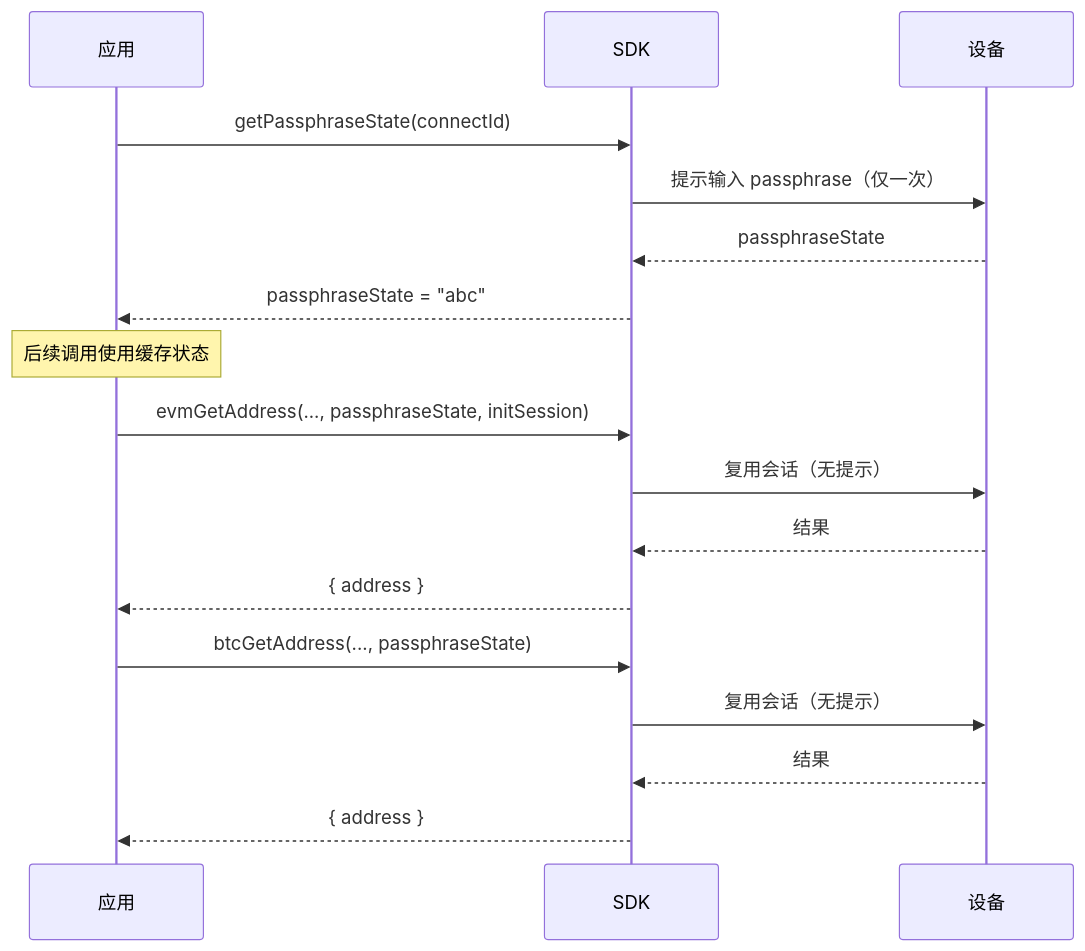
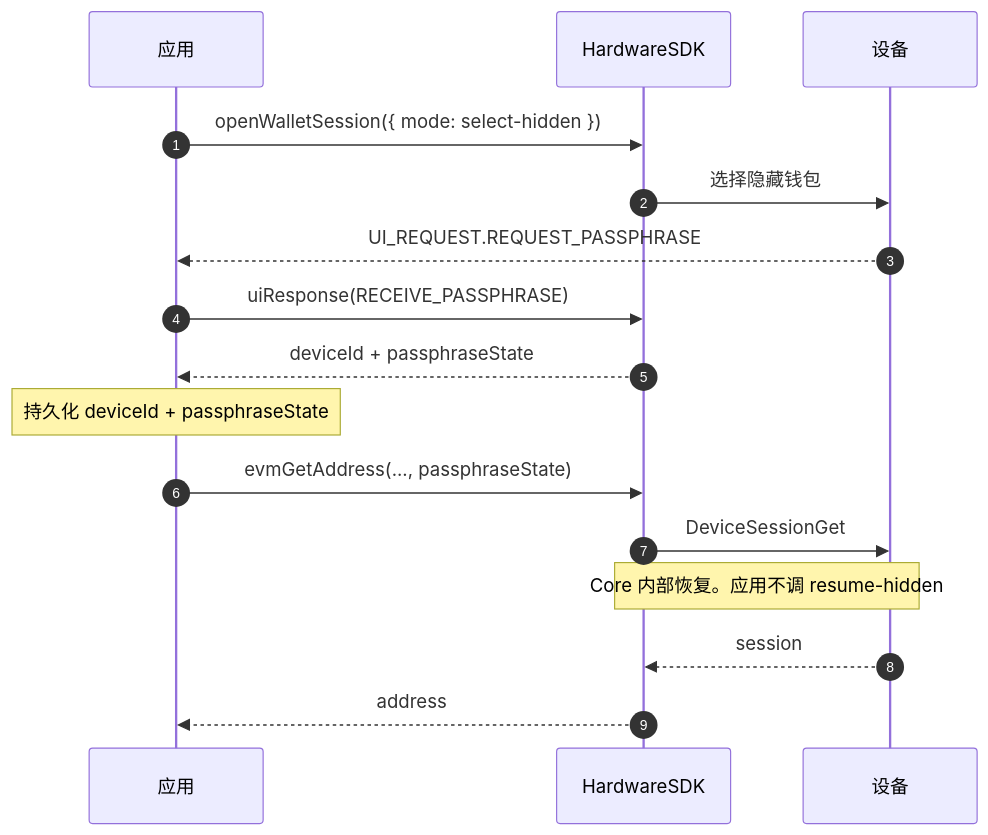
One commit to OneKeyHQ/hardware-js-sdk changed the second of 2 diagrams in packages/connect-examples/developer-portal/content/zh/hardware-sdk/concepts/passphrase.mdx. Above: the diagram before and after it, drawn with Mermaid. The commit also changed other lines of this file and 314 other files, not shown here.

First line of the commit message:
docs: align developer portal with Hardware SDK 1.2.0 (#920)

````diff
--- a/packages/connect-examples/developer-portal/content/zh/hardware-sdk/concepts/passphrase.mdx
+++ b/packages/connect-examples/developer-portal/content/zh/hardware-sdk/concepts/passphrase.mdx
@@ -92,23 +69,19 @@
 ```mermaid
 sequenceDiagram
-    participant App as 应用
-    participant SDK
-    participant Device as 设备
+  autonumber
+  participant App as 应用
+  participant SDK as HardwareSDK
+  participant Device as 设备
 
-    App->>SDK: getPassphraseState(connectId)
-    SDK->>Device: 提示输入 passphrase（仅一次）
-    Device-->>SDK: passphraseState
-    SDK-->>App: passphraseState = "abc"
-
-    Note over App: 后续调用使用缓存状态
-
-    App->>SDK: evmGetAddress(..., passphraseState, initSession)
-    SDK->>Device: 复用会话（无提示）
-    Device-->>SDK: 结果
-    SDK-->>App: { address }
-
-    App->>SDK: btcGetAddress(..., passphraseState)
-    SDK->>Device: 复用会话（无提示）
-    Device-->>SDK: 结果
-    SDK-->>App: { address }
+  App->>SDK: openWalletSession({ mode: select-hidden })
+  SDK->>Device: 选择隐藏钱包
+  Device-->>App: UI_REQUEST.REQUEST_PASSPHRASE
+  App->>SDK: uiResponse(RECEIVE_PASSPHRASE)
+  SDK-->>App: deviceId + passphraseState
+  Note over App: 持久化 deviceId + passphraseState
+  App->>SDK: evmGetAddress(..., passphraseState)
+  SDK->>Device: DeviceSessionGet
+  Note over SDK,Device: Core 内部恢复。应用不调 resume-hidden
+  Device-->>SDK: session
+  SDK-->>App: address
 ```
````
